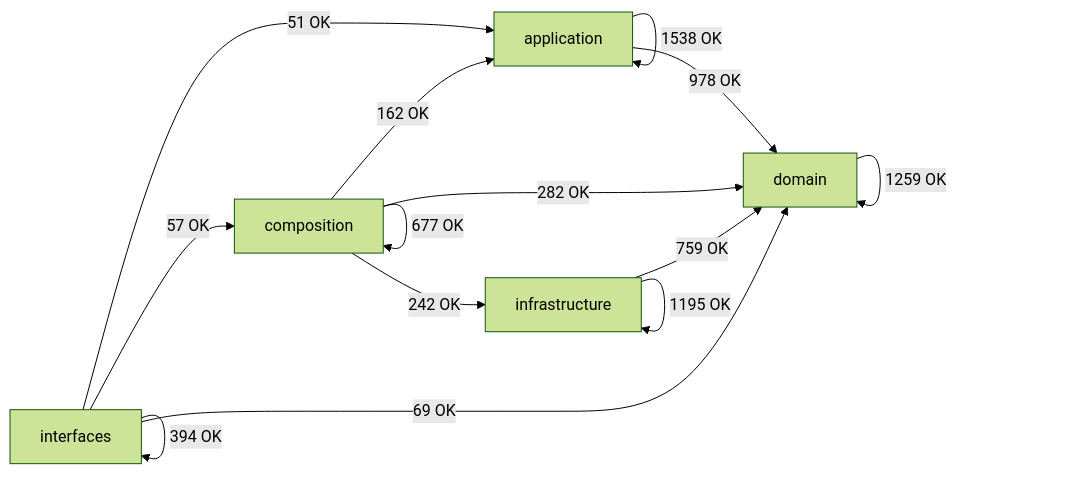
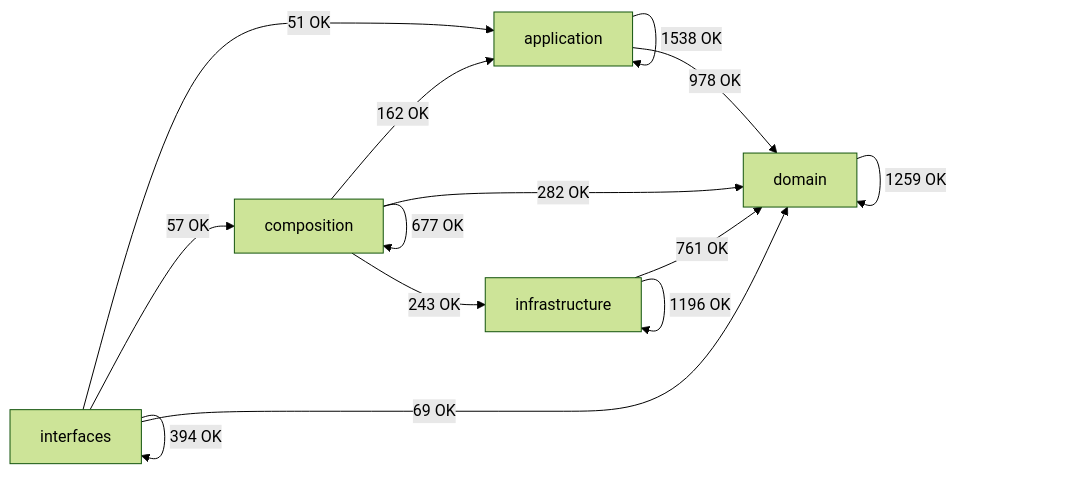
The diagram in docs/02-architecture/generated/module-dependency-map.md (SatoryKono/BioactivityDataAcquisition), drawn with Mermaid (forest theme) before and after one commit. The commit also changed other lines of this file and 61 other files, not shown here.

````diff
--- a/docs/02-architecture/generated/module-dependency-map.md
+++ b/docs/02-architecture/generated/module-dependency-map.md
@@ -17,21 +17,21 @@
 ```mermaid
 flowchart LR
     domain[domain]
     application[application]
     infrastructure[infrastructure]
     composition[composition]
     interfaces[interfaces]
     application -->|1538 OK| application
     application -->|978 OK| domain
     composition -->|162 OK| application
     composition -->|677 OK| composition
     composition -->|282 OK| domain
-    composition -->|242 OK| infrastructure
+    composition -->|243 OK| infrastructure
     domain -->|1259 OK| domain
-    infrastructure -->|759 OK| domain
-    infrastructure -->|1195 OK| infrastructure
+    infrastructure -->|761 OK| domain
+    infrastructure -->|1196 OK| infrastructure
     interfaces -->|51 OK| application
     interfaces -->|57 OK| composition
     interfaces -->|69 OK| domain
     interfaces -->|394 OK| interfaces
 ```
````
